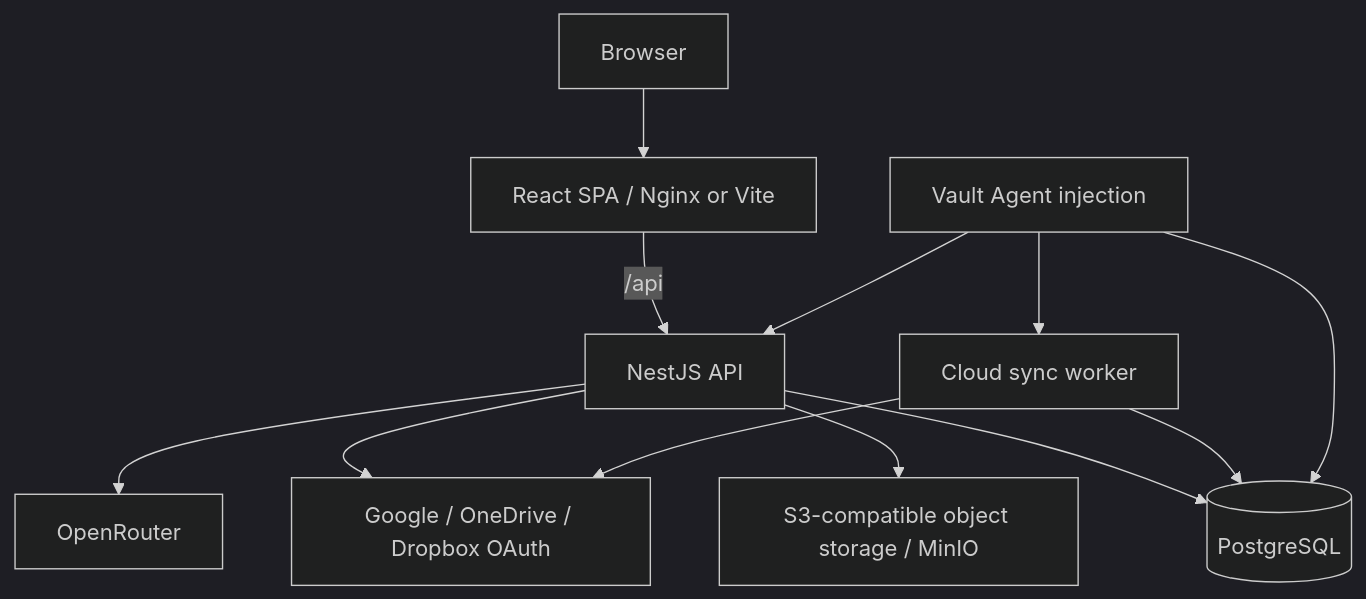
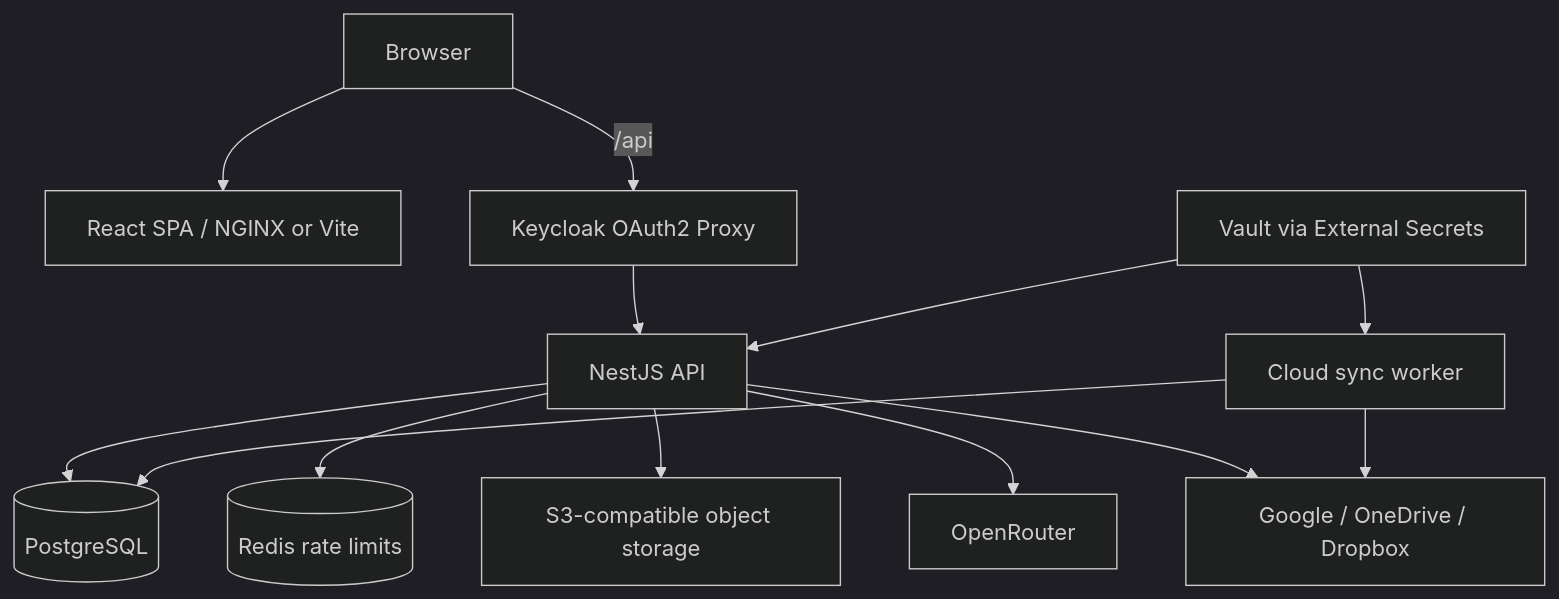
One commit to chefzaid/thoughty changed the first of 4 diagrams in docs/architecture.md. Above: the diagram before and after it, drawn with Mermaid (dark theme). The commit also changed other lines of this file and 13 other files, not shown here.

````diff
--- a/docs/architecture.md
+++ b/docs/architecture.md
@@ -9,17 +9,18 @@
 ```mermaid
 flowchart TD
-    Browser[Browser] --> Web[React SPA / Nginx or Vite]
-    Web -->|/api| API[NestJS API]
+    Browser[Browser] --> Web[React SPA / NGINX or Vite]
+    Browser -->|/api| Auth[Keycloak OAuth2 Proxy]
+    Auth --> API[NestJS API]
 
     API --> Pg[(PostgreSQL)]
-    API --> S3[S3-compatible object storage / MinIO]
+    API --> Redis[(Redis rate limits)]
+    API --> S3[S3-compatible object storage]
     API --> OpenRouter[OpenRouter]
-    API --> OAuth[Google / OneDrive / Dropbox OAuth]
+    API --> OAuth[Google / OneDrive / Dropbox]
 
     Worker[Cloud sync worker] --> Pg
     Worker --> OAuth
 
-    Vault[Vault Agent injection] --> API
+    Vault[Vault via External Secrets] --> API
     Vault --> Worker
-    Vault --> Pg
 ```
````
